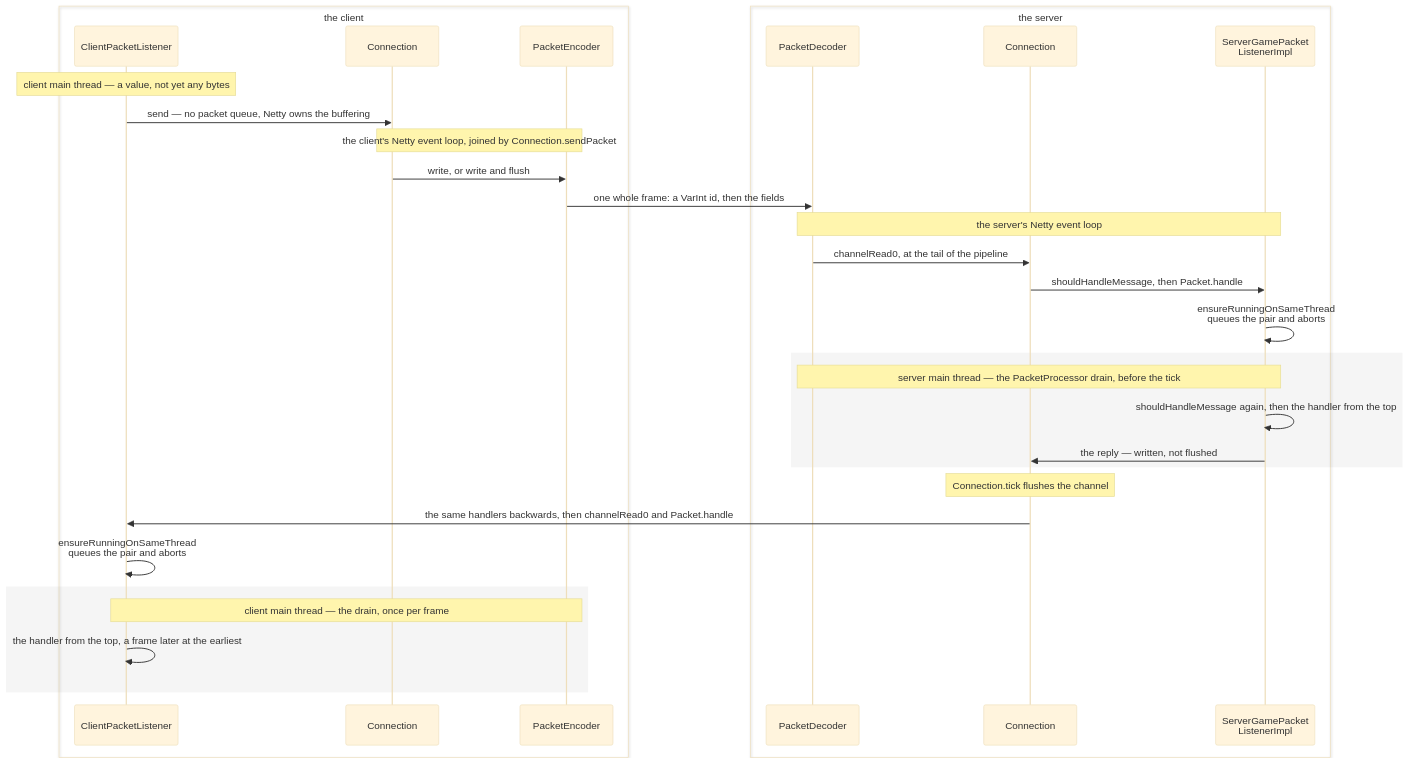
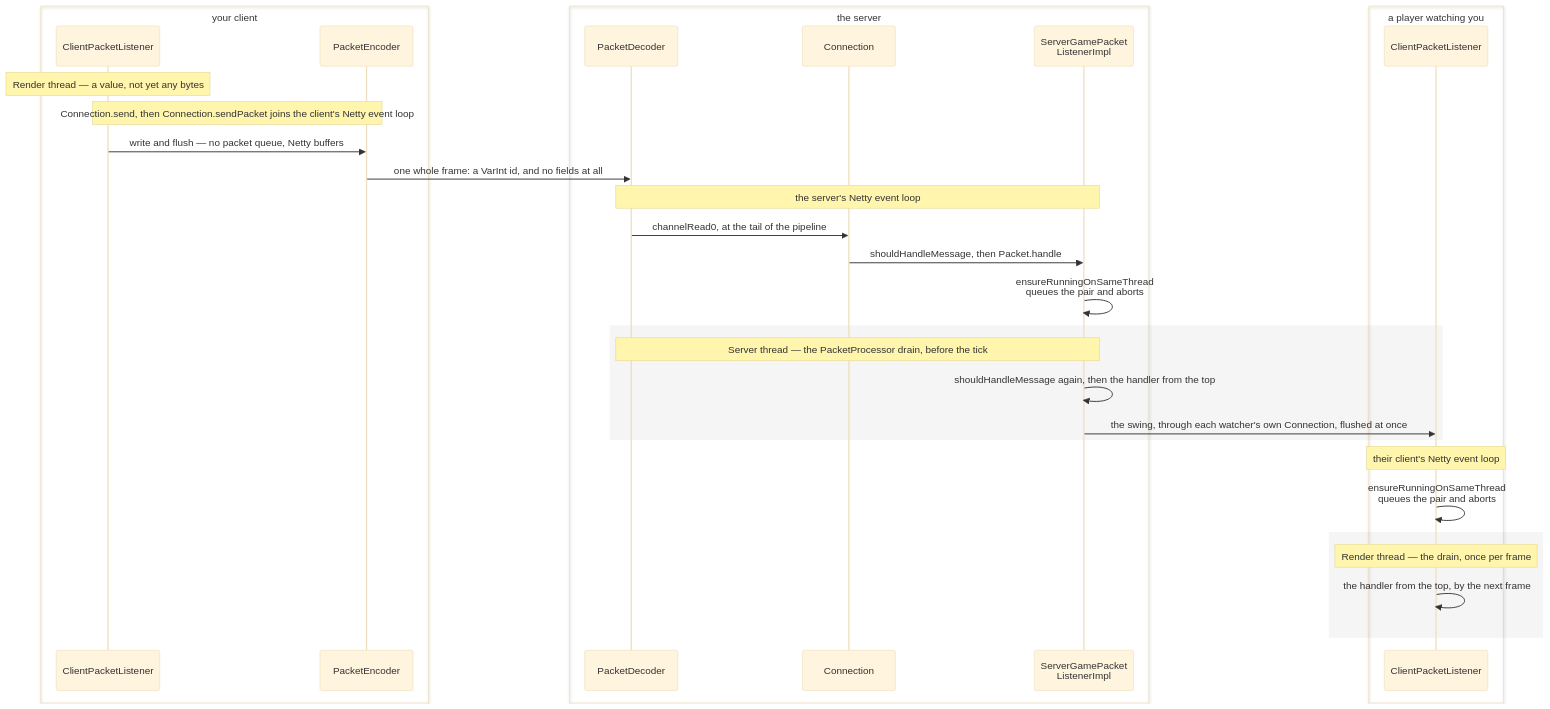
The diagram in src/systems/networking/the-connection.md (AlexanderjFraser/MinecraftDocs), drawn with Mermaid (base theme) before and after one commit. The commit also changed other lines of this file and 18 other files, not shown here.

````diff
--- a/src/systems/networking/the-connection.md
+++ b/src/systems/networking/the-connection.md
@@ -41,35 +41,35 @@
 ```mermaid
 sequenceDiagram
-    box transparent the client
+    box transparent your client
     participant CPL as ClientPacketListener
-    participant Conn as Connection
     participant PEnc as PacketEncoder
     end
     box transparent the server
     participant PDec as PacketDecoder
-    participant SConn as Connection
+    participant Conn as Connection
     participant SGPL as ServerGamePacket<br/>ListenerImpl
     end
+    box transparent a player watching you
+    participant RCPL as ClientPacketListener
+    end
 
-    Note over CPL: client main thread — a value, not yet any bytes
-    CPL->>Conn: send — no packet queue, Netty owns the buffering
-    Note over Conn,PEnc: the client's Netty event loop, joined by Connection.sendPacket
-    Conn->>PEnc: write, or write and flush
-    PEnc->>PDec: one whole frame: a VarInt id, then the fields
+    Note over CPL: Render thread — a value, not yet any bytes
+    Note over CPL,PEnc: Connection.send, then Connection.sendPacket joins the client's Netty event loop
+    CPL->>PEnc: write and flush — no packet queue, Netty buffers
+    PEnc->>PDec: one whole frame: a VarInt id, and no fields at all
     Note over PDec,SGPL: the server's Netty event loop
-    PDec->>SConn: channelRead0, at the tail of the pipeline
-    SConn->>SGPL: shouldHandleMessage, then Packet.handle
+    PDec->>Conn: channelRead0, at the tail of the pipeline
+    Conn->>SGPL: shouldHandleMessage, then Packet.handle
     SGPL->>SGPL: ensureRunningOnSameThread<br/>queues the pair and aborts
     rect rgba(0, 0, 0, 0.04)
-        Note over PDec,SGPL: server main thread — the PacketProcessor drain, before the tick
+        Note over PDec,SGPL: Server thread — the PacketProcessor drain, before the tick
         SGPL->>SGPL: shouldHandleMessage again, then the handler from the top
-        SGPL->>SConn: the reply — written, not flushed
+        SGPL->>RCPL: the swing, through each watcher's own Connection, flushed at once
     end
-    Note over SConn: Connection.tick flushes the channel
-    SConn->>CPL: the same handlers backwards, then channelRead0 and Packet.handle
-    CPL->>CPL: ensureRunningOnSameThread<br/>queues the pair and aborts
+    Note over RCPL: their client's Netty event loop
+    RCPL->>RCPL: ensureRunningOnSameThread<br/>queues the pair and aborts
     rect rgba(0, 0, 0, 0.04)
-        Note over CPL,PEnc: client main thread — the drain, once per frame
-        CPL->>CPL: the handler from the top, a frame later at the earliest
+        Note over RCPL: Render thread — the drain, once per frame
+        RCPL->>RCPL: the handler from the top, by the next frame
     end
 ```
````
